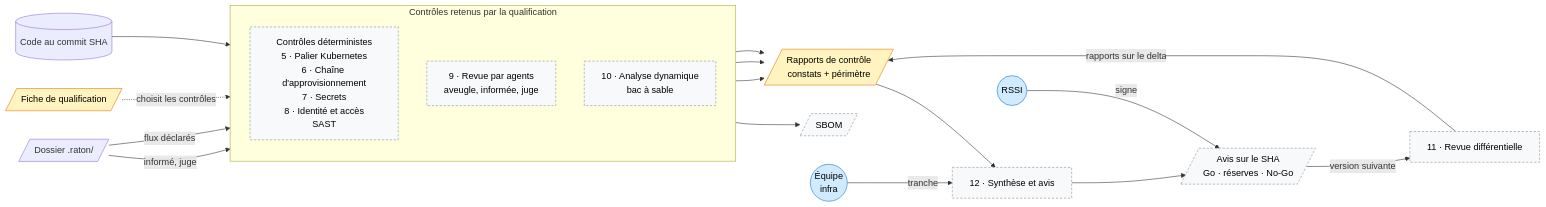
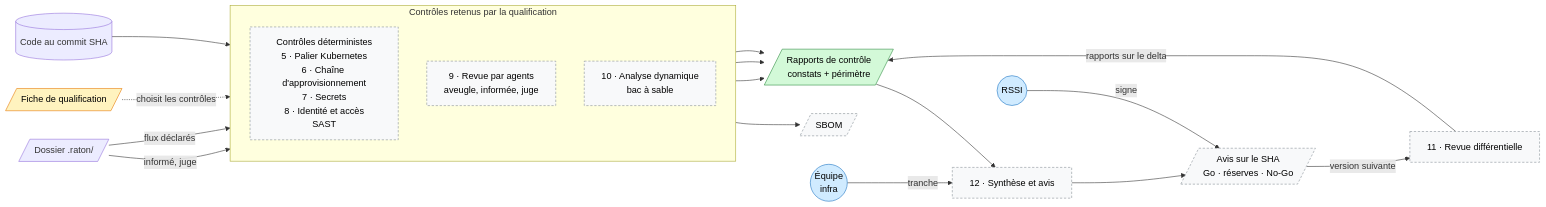
The fourth of 5 diagrams in docs/architecture.md (Jul0ow/Raton), drawn with Mermaid before and after one commit. The commit also changed other lines of this file and 2 other files, not shown here.

Commit message:
Valide le format des constats
Claude-Session: https://claude.ai/code/session_01NWfHHUDXaPTivrnXveKP14

````diff
--- a/docs/architecture.md
+++ b/docs/architecture.md
@@ -164,43 +164,45 @@
 ```mermaid
 flowchart LR
   QF[/"Fiche de qualification"/]
   CODE[("Code au commit SHA")]
   DOS[/"Dossier .raton/"/]
 
   subgraph CTRL ["Contrôles retenus par la qualification"]
     direction TB
     DET["Contrôles déterministes<br/>5 · Palier Kubernetes<br/>6 · Chaîne d'approvisionnement<br/>7 · Secrets<br/>8 · Identité et accès<br/>SAST"]
     AG["9 · Revue par agents<br/>aveugle, informée, juge"]
     DYN["10 · Analyse dynamique<br/>bac à sable"]
   end
 
   SBOM[/"SBOM"/]
   RAP[/"Rapports de contrôle<br/>constats + périmètre"/]
   SYN["12 · Synthèse et avis"]
   AVIS[/"Avis sur le SHA<br/>Go · réserves · No-Go"/]
   DIFF["11 · Revue différentielle"]
   E(("Équipe<br/>infra"))
   S(("RSSI"))
 
   QF -.->|"choisit les contrôles"| CTRL
   CODE --> CTRL
   DOS -->|"informé, juge"| AG
   DOS -->|"flux déclarés"| DYN
   DET --> SBOM
   DET --> RAP
   AG --> RAP
   DYN --> RAP
   RAP --> SYN
   E -->|"tranche"| SYN
   SYN --> AVIS
   S -->|"signe"| AVIS
   AVIS -->|"version suivante"| DIFF
   DIFF -->|"rapports sur le delta"| RAP
 
   classDef humain fill:#d0ebff,stroke:#1971c2,color:#000
+  classDef fait fill:#d3f9d8,stroke:#2b8a3e,color:#000
   classDef propose fill:#fff3bf,stroke:#e67700,color:#000
   classDef afaire fill:#f8f9fa,stroke:#868e96,color:#000,stroke-dasharray:4 3
   class E,S humain
-  class QF,RAP propose
+  class RAP fait
+  class QF propose
   class DET,AG,DYN,SBOM,SYN,AVIS,DIFF afaire
 ```
````
